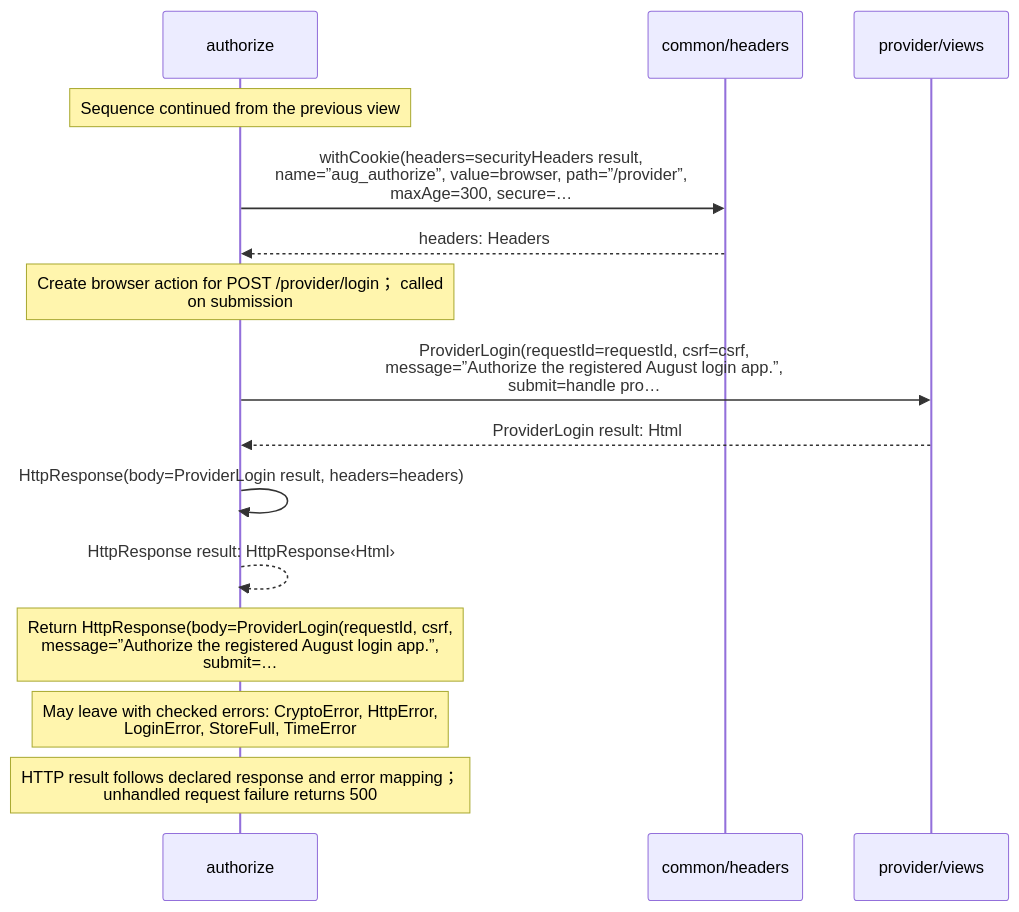
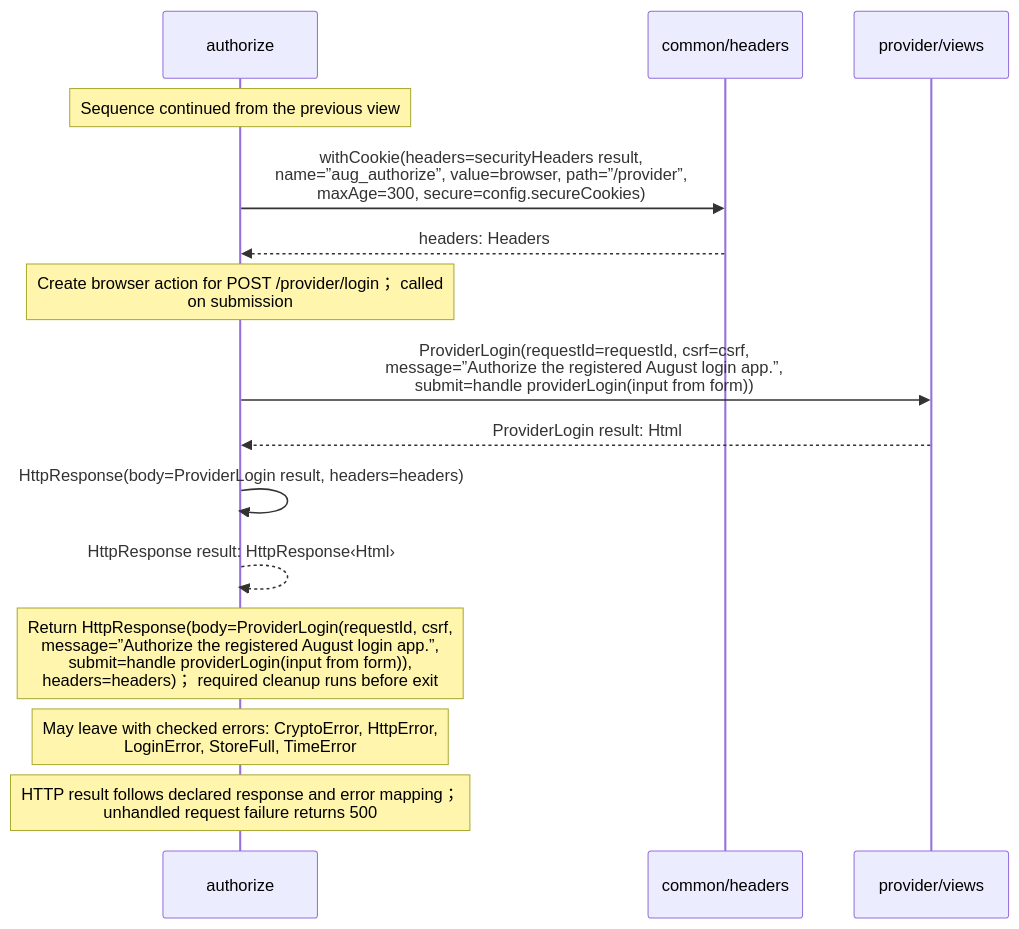
Before and after one commit to GreenPandaStudios/augscript: the seventh of 12 diagrams in docs/examples/oidc-login/provider/authorization-diagrams.md, drawn with Mermaid. The commit also changed other lines of this file and 658 other files, not shown here.

````diff
--- a/docs/examples/oidc-login/provider/authorization-diagrams.md
+++ b/docs/examples/oidc-login/provider/authorization-diagrams.md
@@ -188,17 +200,17 @@
 ```mermaid
 sequenceDiagram
     participant p0 as authorize
     participant p1 as common/headers
     participant p2 as provider/views
     Note over p0: Sequence continued from the previous view
-    p0->>p1: withCookie(headers=securityHeaders result,<br/>name=”aug_authorize”, value=browser, path=”/provider”,<br/>maxAge=300, secure=…
+    p0->>p1: withCookie(headers=securityHeaders result,<br/>name=”aug_authorize”, value=browser, path=”/provider”,<br/>maxAge=300, secure=config.secureCookies)
     p1-->>p0: headers: Headers
     Note over p0: Create browser action for POST /provider/login； called<br/>on submission
-    p0->>p2: ProviderLogin(requestId=requestId, csrf=csrf,<br/>message=”Authorize the registered August login app.”,<br/>submit=handle pro…
+    p0->>p2: ProviderLogin(requestId=requestId, csrf=csrf,<br/>message=”Authorize the registered August login app.”,<br/>submit=handle providerLogin(input from form))
     p2-->>p0: ProviderLogin result: Html
     p0->>p0: HttpResponse(body=ProviderLogin result, headers=headers)
     p0-->>p0: HttpResponse result: HttpResponse‹Html›
-    Note over p0: Return HttpResponse(body=ProviderLogin(requestId, csrf,<br/>message=”Authorize the registered August login app.”,<br/>submit=…
+    Note over p0: Return HttpResponse(body=ProviderLogin(requestId, csrf,<br/>message=”Authorize the registered August login app.”,<br/>submit=handle providerLogin(input from form)),<br/>headers=headers)； required cleanup runs before exit
     Note over p0: May leave with checked errors: CryptoError, HttpError,<br/>LoginError, StoreFull, TimeError
     Note over p0: HTTP result follows declared response and error mapping；<br/>unhandled request failure returns 500
 ```
````
